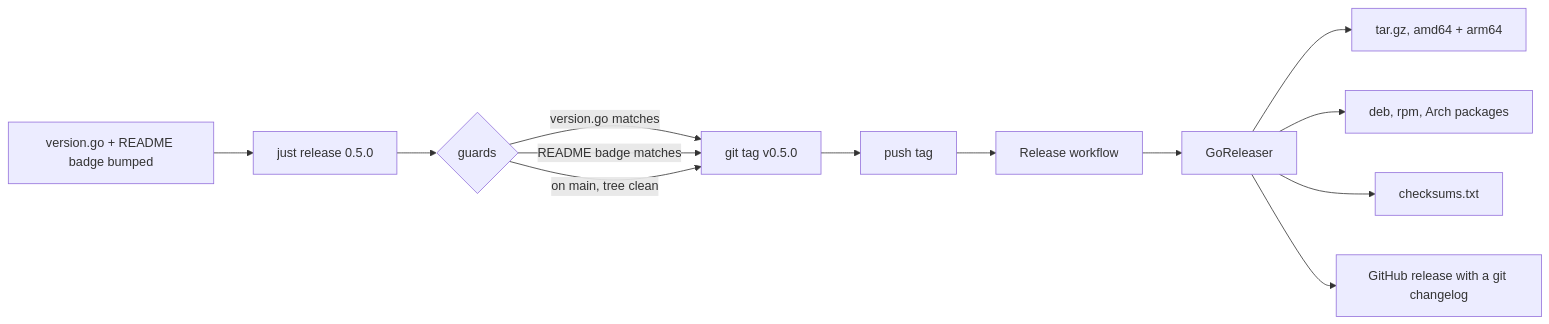
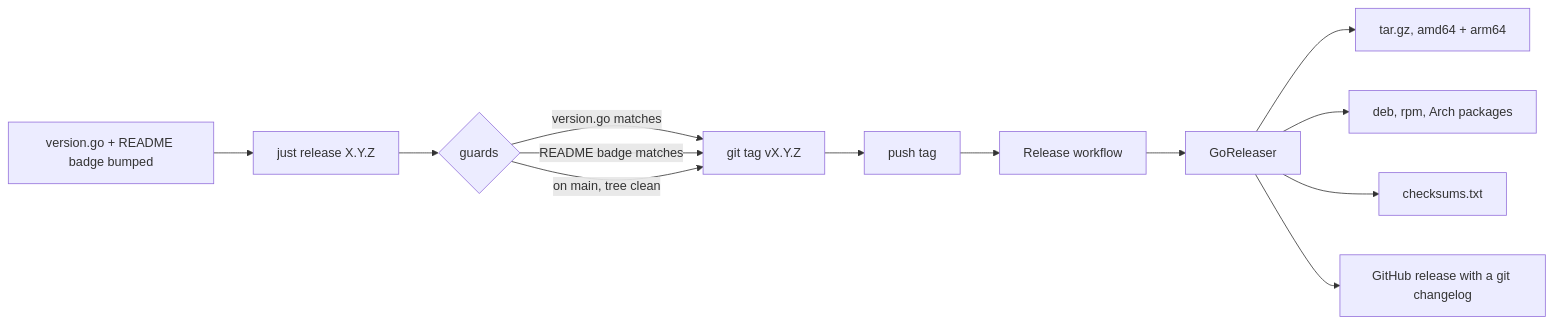
Before and after one commit to xuedi/dragon-dash: the first of 2 diagrams in docs/deployment.md, drawn with Mermaid. The commit also changed other lines of this file and 8 other files, not shown here.

````diff
--- a/docs/deployment.md
+++ b/docs/deployment.md
@@ -29,15 +29,15 @@
 ```mermaid
 flowchart LR
-    A[version.go + README badge bumped] --> B[just release 0.5.0]
+    A[version.go + README badge bumped] --> B[just release X.Y.Z]
     B --> C{guards}
-    C -->|version.go matches| D[git tag v0.5.0]
+    C -->|version.go matches| D[git tag vX.Y.Z]
     C -->|README badge matches| D
     C -->|on main, tree clean| D
     D --> E[push tag]
     E --> F[Release workflow]
     F --> G[GoReleaser]
     G --> H[tar.gz, amd64 + arm64]
     G --> I[deb, rpm, Arch packages]
     G --> J[checksums.txt]
     G --> K[GitHub release with a git changelog]
 ```
````
